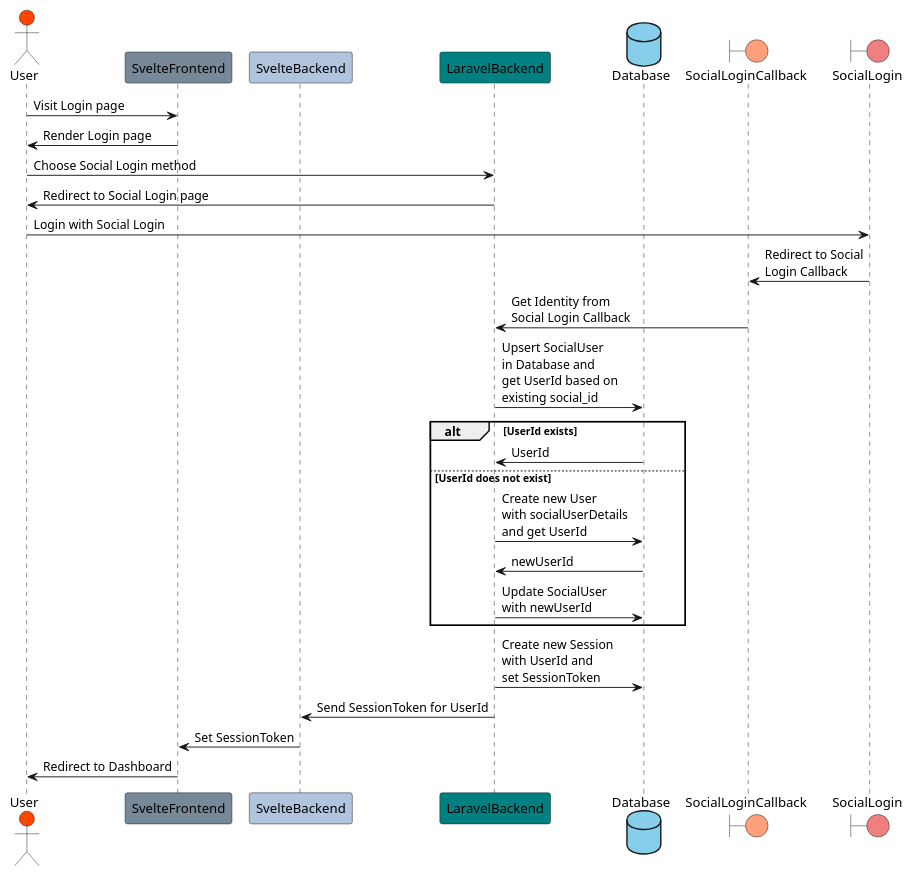
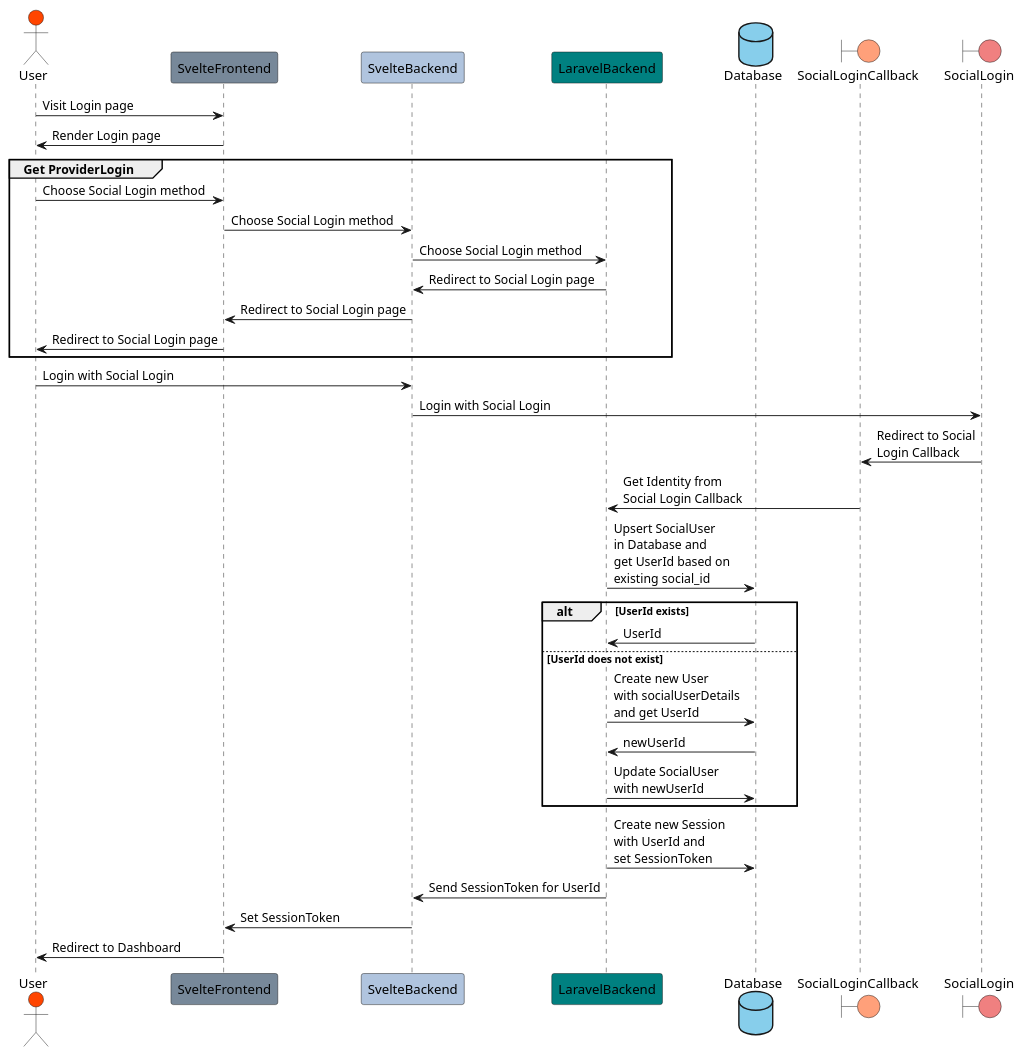
One commit to aoe-elo/docs changed the diagram in diagrams/authentication.plantuml. Above: the diagram before and after it, drawn with PlantUML. The commit also changed 1 other file, not shown here.

Commit message:
docs(auth): iterate on authentication sequence diagram draft

```diff
--- a/diagrams/authentication.plantuml
+++ b/diagrams/authentication.plantuml
@@ -1,30 +1,40 @@
 @startuml Authentication Sequence Diagram
 actor User #OrangeRed
 participant SvelteFrontend #LightSlateGrey
 participant SvelteBackend #LightSteelBlue
 participant LaravelBackend #Teal
 database Database #SkyBlue
 boundary SocialLoginCallback #LightSalmon
 boundary SocialLogin #LightCoral
 
+
 User -> SvelteFrontend: Visit Login page
 SvelteFrontend -> User: Render Login page
-User -> LaravelBackend: Choose Social Login method
-LaravelBackend -> User: Redirect to Social Login page
-User -> SocialLogin: Login with Social Login
+
+group Get ProviderLogin
+User -> SvelteFrontend: Choose Social Login method
+SvelteFrontend -> SvelteBackend: Choose Social Login method
+SvelteBackend -> LaravelBackend: Choose Social Login method
+LaravelBackend -> SvelteBackend: Redirect to Social Login page
+SvelteBackend -> SvelteFrontend: Redirect to Social Login page
+SvelteFrontend -> User: Redirect to Social Login page
+end
+
+User -> SvelteBackend: Login with Social Login
+SvelteBackend -> SocialLogin: Login with Social Login
 SocialLogin -> SocialLoginCallback: Redirect to Social\nLogin Callback
 SocialLoginCallback -> LaravelBackend: Get Identity from\nSocial Login Callback
 
 LaravelBackend -> Database: Upsert SocialUser\nin Database and\nget UserId based on\nexisting social_id 
 alt UserId exists
     Database -> LaravelBackend: UserId
 else UserId does not exist
     LaravelBackend -> Database: Create new User\nwith socialUserDetails\nand get UserId
     Database -> LaravelBackend: newUserId
     LaravelBackend -> Database: Update SocialUser\nwith newUserId
 end
 LaravelBackend -> Database: Create new Session\nwith UserId and\nset SessionToken
 LaravelBackend -> SvelteBackend: Send SessionToken for UserId
 SvelteBackend -> SvelteFrontend: Set SessionToken
 SvelteFrontend -> User: Redirect to Dashboard
 @enduml
```
